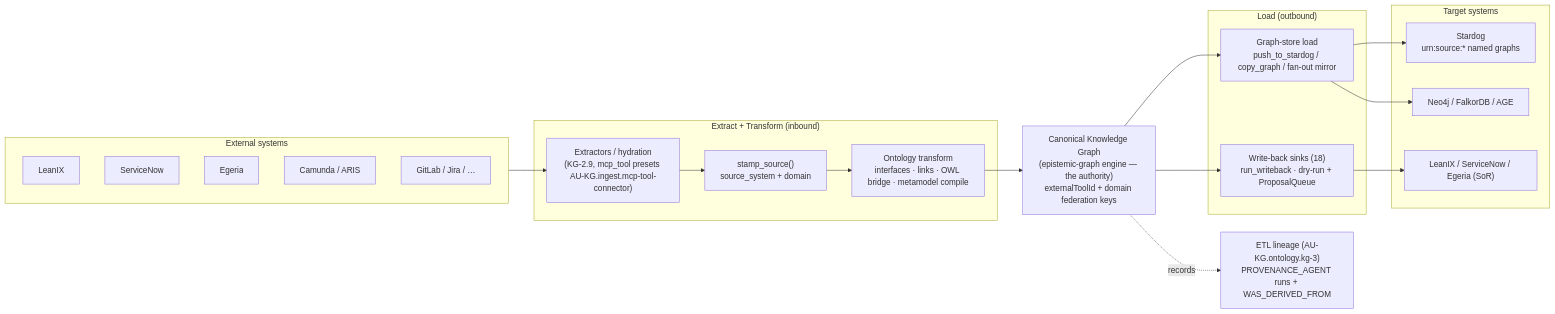
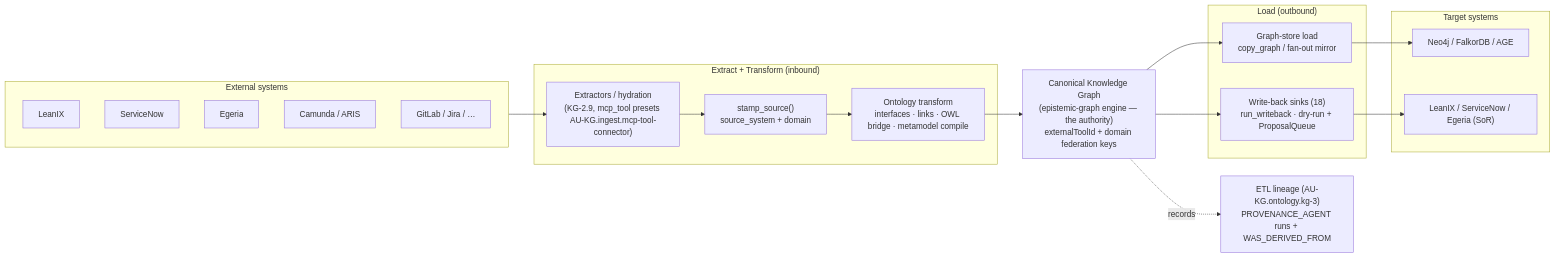
The first of 2 diagrams in docs/architecture/kg_etl_hub.md (Knuckles-Team/agent-utilities), drawn with Mermaid before and after one commit. The commit also changed other lines of this file and 50 other files, not shown here.

````diff
--- a/docs/architecture/kg_etl_hub.md
+++ b/docs/architecture/kg_etl_hub.md
@@ -23,26 +22,25 @@
 ```mermaid
 flowchart LR
     subgraph SRC["External systems"]
         LX["LeanIX"]; SN["ServiceNow"]; EG["Egeria"]; CAM["Camunda / ARIS"]; GIT["GitLab / Jira / …"]
     end
     subgraph IN["Extract + Transform (inbound)"]
         EXT["Extractors / hydration<br/>(KG-2.9, mcp_tool presets AU-KG.ingest.mcp-tool-connector)"]
         PROV["stamp_source()<br/>source_system + domain"]
         ONT["Ontology transform<br/>interfaces · links · OWL bridge · metamodel compile"]
     end
     HUB["Canonical Knowledge Graph<br/>(epistemic-graph engine — the authority)<br/>externalToolId + domain federation keys"]
     subgraph OUT["Load (outbound)"]
         WB["Write-back sinks (18)<br/>run_writeback · dry-run + ProposalQueue"]
-        MIR["Graph-store load<br/>push_to_stardog / copy_graph / fan-out mirror"]
+        MIR["Graph-store load<br/>copy_graph / fan-out mirror"]
     end
     subgraph SINK["Target systems"]
-        SD["Stardog<br/>urn:source:* named graphs"]; N4["Neo4j / FalkorDB / AGE"]; SOR["LeanIX / ServiceNow / Egeria (SoR)"]
+        N4["Neo4j / FalkorDB / AGE"]; SOR["LeanIX / ServiceNow / Egeria (SoR)"]
     end
 
     SRC --> EXT --> PROV --> ONT --> HUB
     HUB --> WB --> SOR
-    HUB --> MIR --> SD
-    MIR --> N4
+    HUB --> MIR --> N4
     LIN["ETL lineage (AU-KG.ontology.kg-3)<br/>PROVENANCE_AGENT runs + WAS_DERIVED_FROM"]
     HUB -.records.-> LIN
 ```
````
